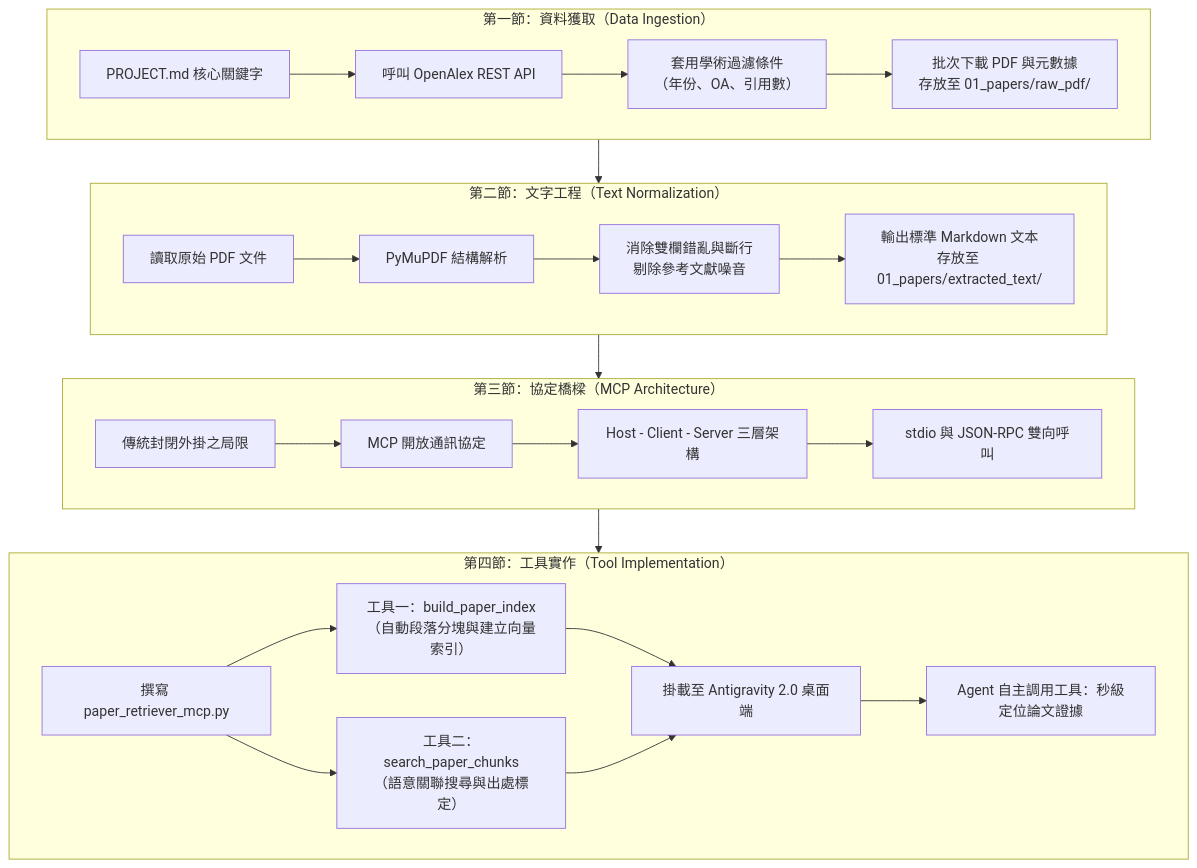
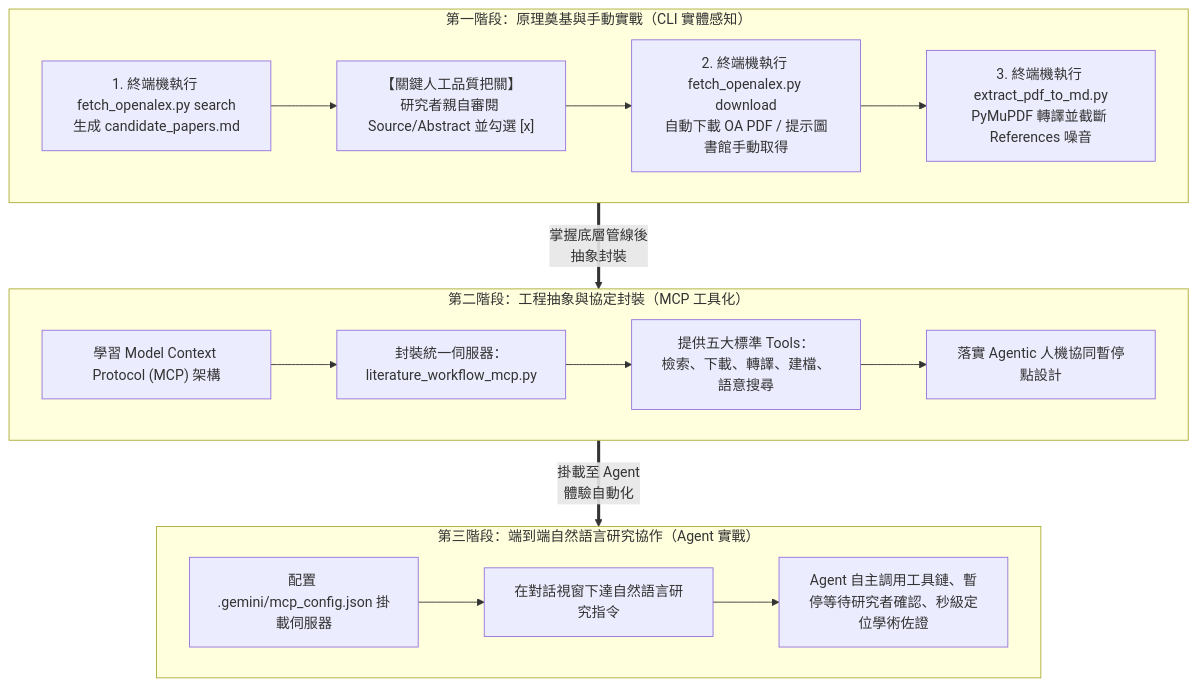
One commit to sungchien/literature_agent changed the first of 7 diagrams in 02_智慧文獻爬梳與本機向量化檢索.md. Above: the diagram before and after it, drawn with Mermaid. The commit also changed other lines of this file and 25 other files, not shown here.

````diff
--- a/02_智慧文獻爬梳與本機向量化檢索.md
+++ b/02_智慧文獻爬梳與本機向量化檢索.md
@@ -35,30 +41,23 @@
 ```mermaid
 flowchart TD
-    subgraph S1["第一節：資料獲取（Data Ingestion）"]
-        A1["PROJECT.md 核心關鍵字"] --> A2["呼叫 OpenAlex REST API"]
-        A2 --> A3["套用學術過濾條件<br/>（年份、OA、引用數）"]
-        A3 --> A4["批次下載 PDF 與元數據<br/>存放至 01_papers/raw_pdf/"]
+    subgraph Phase1["第一階段：原理奠基與手動實戰（CLI 實體感知）"]
+        P1["1. 終端機執行 fetch_openalex.py search<br/>生成 candidate_papers.md"] --> P2["【關鍵人工品質把關】<br/>研究者親自審閱 Source/Abstract 並勾選 [x]"]
+        P2 --> P3["2. 終端機執行 fetch_openalex.py download<br/>自動下載 OA PDF / 提示圖書館手動取得"]
+        P3 --> P4["3. 終端機執行 extract_pdf_to_md.py<br/>PyMuPDF 轉譯並截斷 References 噪音"]
     end
 
-    subgraph S2["第二節：文字工程（Text Normalization）"]
-        B1["讀取原始 PDF 文件"] --> B2["PyMuPDF 結構解析"]
-        B2 --> B3["消除雙欄錯亂與斷行<br/>剔除參考文獻噪音"]
-        B3 --> B4["輸出標準 Markdown 文本<br/>存放至 01_papers/extracted_text/"]
+    subgraph Phase2["第二階段：工程抽象與協定封裝（MCP 工具化）"]
+        M1["學習 Model Context Protocol (MCP) 架構"] --> M2["封裝統一伺服器：literature_workflow_mcp.py"]
+        M2 --> M3["提供五大標準 Tools：<br/>檢索、下載、轉譯、建檔、語意搜尋"]
+        M3 --> M4["落實 Agentic 人機協同暫停點設計"]
     end
 
-    subgraph S3["第三節：協定橋樑（MCP Architecture）"]
-        C1["傳統封閉外掛之局限"] --> C2["MCP 開放通訊協定"]
-        C2 --> C3["Host - Client - Server 三層架構"]
-        C3 --> C4["stdio 與 JSON-RPC 雙向呼叫"]
+    subgraph Phase3["第三階段：端到端自然語言研究協作（Agent 實戰）"]
+        A1["配置 .gemini/mcp_config.json 掛載伺服器"] --> A2["在對話視窗下達自然語言研究指令"]
+        A2 --> A3["Agent 自主調用工具鏈、暫停等待研究者確認、秒級定位學術佐證"]
     end
 
-    subgraph S4["第四節：工具實作（Tool Implementation）"]
-        D1["撰寫 paper_retriever_mcp.py"] --> D2["工具一：build_paper_index<br/>（自動段落分塊與建立向量索引）"]
-        D1 --> D3["工具二：search_paper_chunks<br/>（語意關聯搜尋與出處標定）"]
-        D2 & D3 --> D4["掛載至 Antigravity 2.0 桌面端"]
-        D4 --> D5["Agent 自主調用工具：秒級定位論文證據"]
-    end
-
-    S1 --> S2 --> S3 --> S4
+    Phase1 ==>|"掌握底層管線後<br/>抽象封裝"| Phase2
+    Phase2 ==>|"掛載至 Agent<br/>體驗自動化"| Phase3
 
 ```
````
